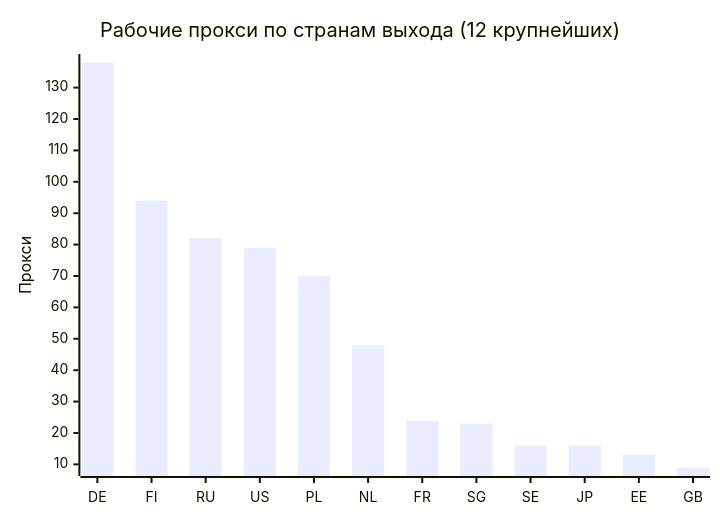
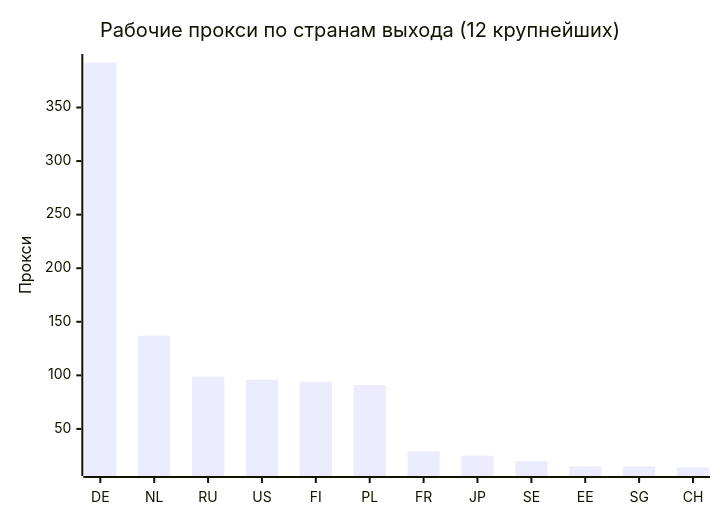
Before and after one commit to rvvg/proxy-subs: the second of 4 diagrams in README.md, drawn with Mermaid. The commit also changed other lines of this file and 49 other files, not shown here.

````diff
--- a/README.md
+++ b/README.md
@@ -128,7 +129,7 @@
 ```mermaid
 xychart-beta
     title "Рабочие прокси по странам выхода (12 крупнейших)"
-    x-axis ["DE", "FI", "RU", "US", "PL", "NL", "FR", "SG", "SE", "JP", "EE", "GB"]
+    x-axis ["DE", "NL", "RU", "US", "FI", "PL", "FR", "JP", "SE", "EE", "SG", "CH"]
     y-axis "Прокси"
-    bar [138, 94, 82, 79, 70, 48, 24, 23, 16, 16, 13, 9]
+    bar [392, 137, 99, 96, 94, 91, 29, 25, 20, 15, 15, 14]
 ```
````
